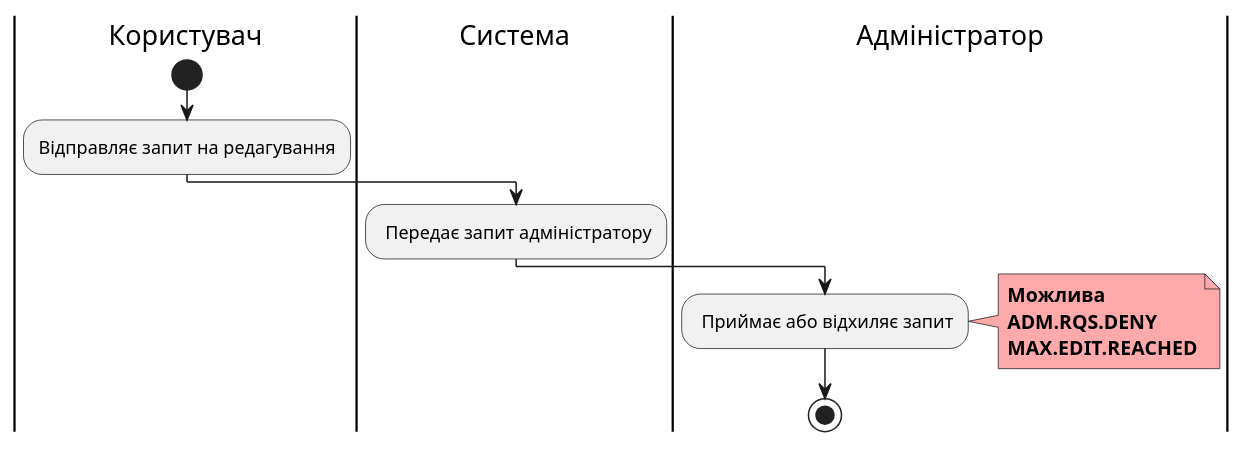
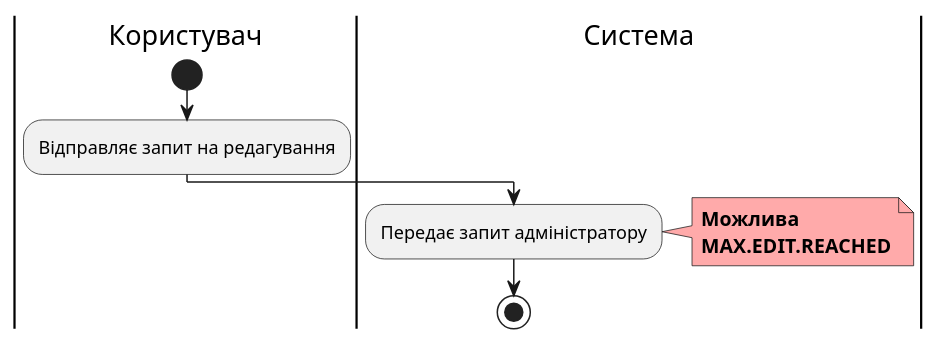
One commit to m1guelten/edu-db-cw changed the eighth of 18 diagrams in docs/use cases/README.md. Above: the diagram before and after it, drawn with PlantUML. The commit also changed other lines of this file, not shown here.

Commit message:
edited some diagrams

```diff
--- a/docs/use cases/README.md
+++ b/docs/use cases/README.md
@@ -246,23 +245,16 @@
 @startuml
 
 |Користувач|
 start
 :Відправляє запит на редагування;
 
 |Система|
-: Передає запит адміністратору;
+:Передає запит адміністратору;
 
-|Адміністратор|
-: Приймає або відхиляє запит;
+note right #ffaaaa
+<b>Можлива</b>
+<b>MAX.EDIT.REACHED</b>
+end note
 
-    note right #ffaaaa
-    <b>Можлива</b>
-    <b>ADM.RQS.DENY</b>
-    <b>MAX.EDIT.REACHED</b>
-    end note
-
-
-
-    stop;
-
+stop;
 @enduml
```
